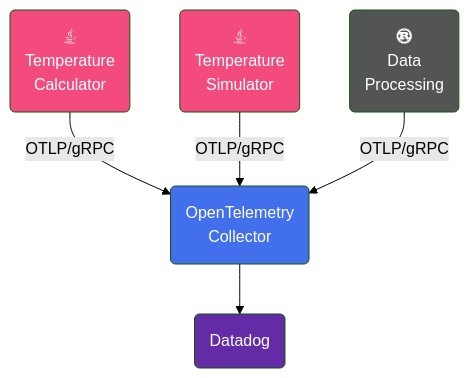
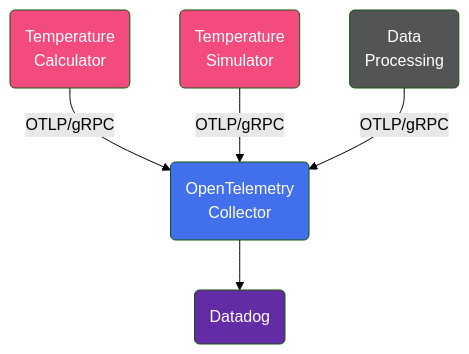
The second of 2 diagrams in README.md (julianocosta89/otel-instrumentations), drawn with Mermaid (forest theme) before and after one commit. The commit also changed other lines of this file and 1 other file, not shown here.

````diff
--- a/README.md
+++ b/README.md
@@ -63,20 +63,20 @@
 ```mermaid
 graph TD
-    TempSimulator(fab:fa-java<br/>Temperature<br/>Simulator):::java
-    DataProcessing(fab:fa-rust<br/>Data<br/>Processing):::rust
-    TempCalculator(fab:fa-java<br/>Temperature<br/>Calculator):::java
+    TempSimulator(Temperature<br/>Simulator):::java
+    DataProcessing(Data<br/>Processing):::rust
+    TempCalculator(Temperature<br/>Calculator):::java
 
     otelcol(OpenTelemetry<br/>Collector):::otelcol
     datadog(Datadog):::datadog
 
     TempCalculator --OTLP/gRPC--> otelcol
     TempSimulator --OTLP/gRPC--> otelcol
     DataProcessing --OTLP/gRPC--> otelcol
     
     otelcol --> datadog
 
 classDef java fill:#f34b7d,color:white;
 classDef rust fill:#535454,color:white;
 classDef otelcol fill:#426feb,color:white;
 classDef datadog fill:#632CA6,color:white;
 ```
````
